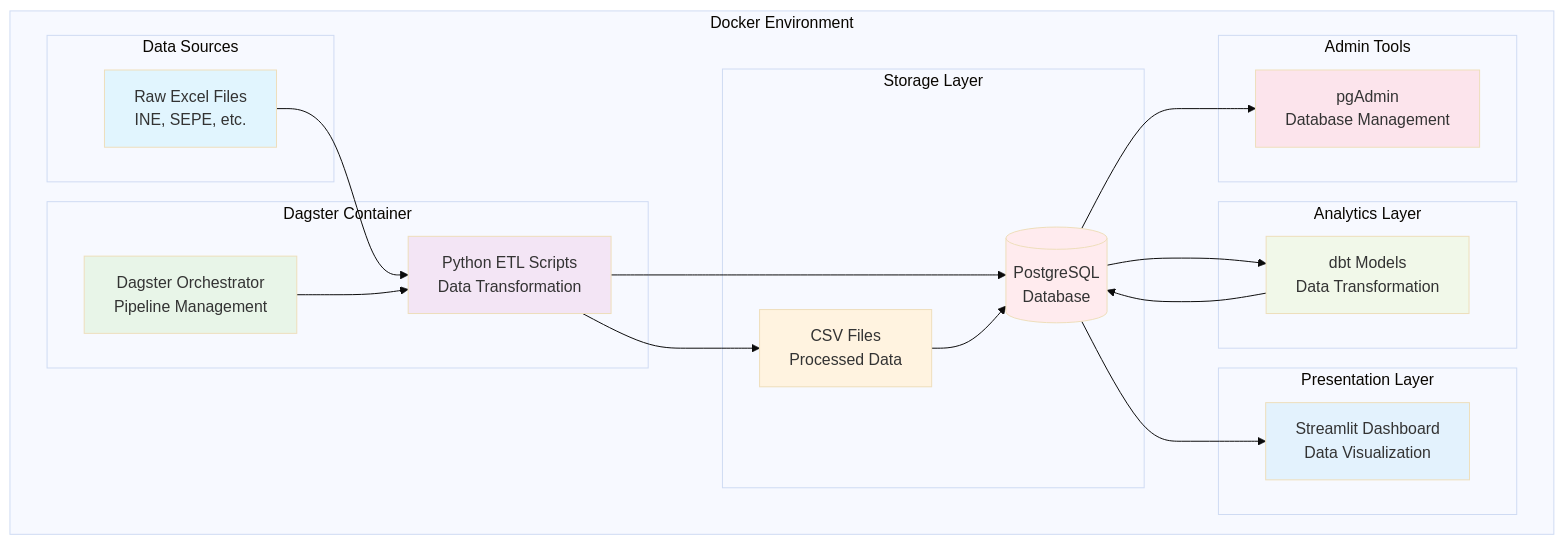
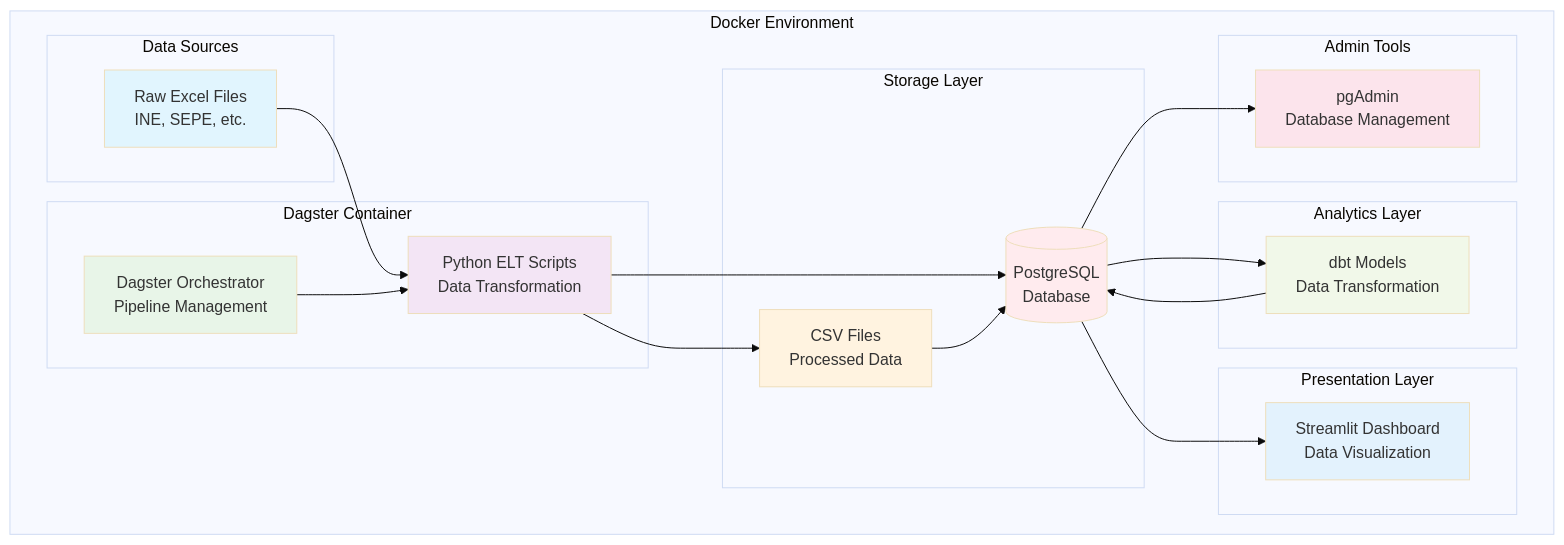
One commit to FabianUB/municipality-project changed the diagram in README.md. Above: the diagram before and after it, drawn with Mermaid (base theme). The commit also changed other lines of this file, not shown here.

Commit message:
Expanded README.md with Quick Start and Data Sources

````diff
--- a/README.md
+++ b/README.md
@@ -8,49 +8,49 @@
 ```mermaid
 graph TB
     subgraph "Docker Environment"
         subgraph "Data Sources"
             A[Raw Excel Files<br/>INE, SEPE, etc.]
         end
         
         subgraph "Dagster Container"
-            B[Python ETL Scripts<br/>Data Transformation]
+            B[Python ELT Scripts<br/>Data Transformation]
             C[Dagster Orchestrator<br/>Pipeline Management]
         end
         
         subgraph "Storage Layer"
             D[CSV Files<br/>Processed Data]
             E[(PostgreSQL<br/>Database)]
         end
         
         subgraph "Analytics Layer"
             F[dbt Models<br/>Data Transformation]
         end
         
         subgraph "Presentation Layer"
             G[Streamlit Dashboard<br/>Data Visualization]
         end
         
         subgraph "Admin Tools"
             H[pgAdmin<br/>Database Management]
         end
     end
     
     A --> B
     B --> D
     B --> E
     C --> B
     D --> E
     E --> F
     F --> E
     E --> G
     E --> H
     
     style A fill:#e1f5fe
     style B fill:#f3e5f5
     style C fill:#e8f5e8
     style D fill:#fff3e0
     style E fill:#ffebee
     style F fill:#f1f8e9
     style G fill:#e3f2fd
     style H fill:#fce4ec
 ```
````
